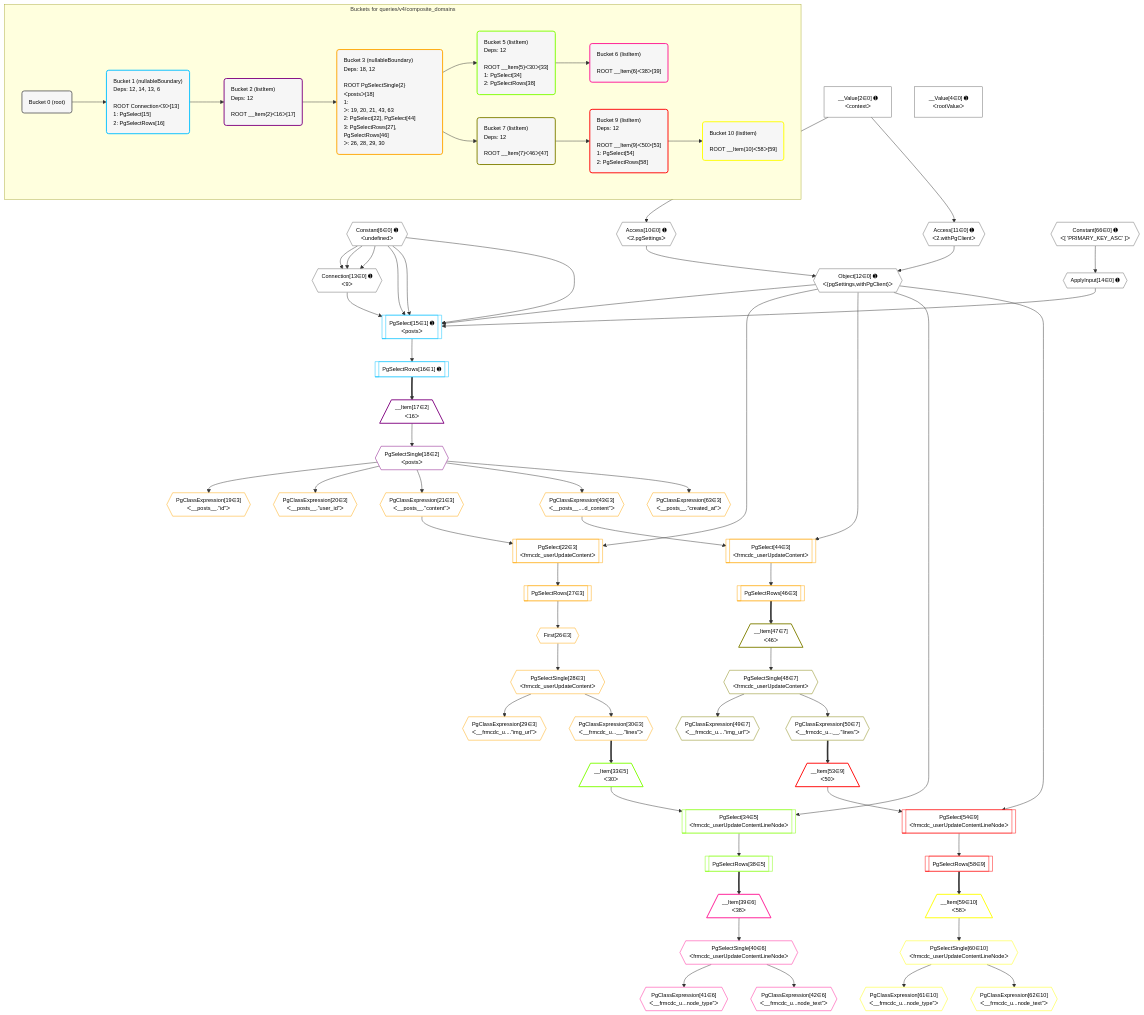
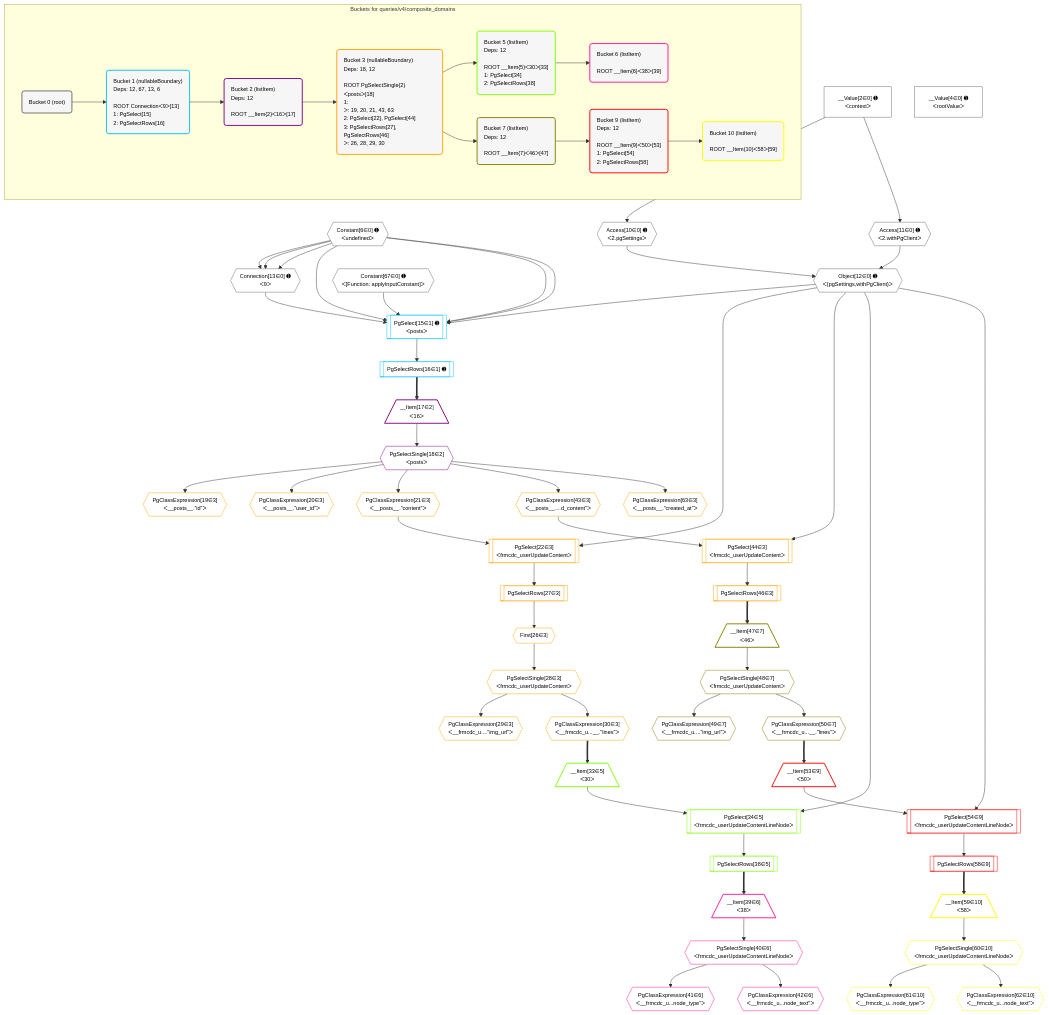
Before and after one commit to graphile/crystal: the diagram in postgraphile/postgraphile/__tests__/queries/v4/composite_domains.mermaid, drawn with Mermaid. The commit also changed 75 other files, not shown here.

Commit message:
Update plan diagrams with constant-ified applyInput

```diff
--- a/postgraphile/postgraphile/__tests__/queries/v4/composite_domains.mermaid
+++ b/postgraphile/postgraphile/__tests__/queries/v4/composite_domains.mermaid
@@ -1,134 +1,132 @@
 %%{init: {'themeVariables': { 'fontSize': '12px'}}}%%
 graph TD
     classDef path fill:#eee,stroke:#000,color:#000
     classDef plan fill:#fff,stroke-width:1px,color:#000
     classDef itemplan fill:#fff,stroke-width:2px,color:#000
     classDef unbatchedplan fill:#dff,stroke-width:1px,color:#000
     classDef sideeffectplan fill:#fcc,stroke-width:2px,color:#000
     classDef bucket fill:#f6f6f6,color:#000,stroke-width:2px,text-align:left
 
 
     %% plan dependencies
     Connection13{{"Connection[13∈0] ➊<br />ᐸ9ᐳ"}}:::plan
     Constant6{{"Constant[6∈0] ➊<br />ᐸundefinedᐳ"}}:::plan
     Constant6 & Constant6 & Constant6 --> Connection13
     Object12{{"Object[12∈0] ➊<br />ᐸ{pgSettings,withPgClient}ᐳ"}}:::plan
     Access10{{"Access[10∈0] ➊<br />ᐸ2.pgSettingsᐳ"}}:::plan
     Access11{{"Access[11∈0] ➊<br />ᐸ2.withPgClientᐳ"}}:::plan
     Access10 & Access11 --> Object12
     __Value2["__Value[2∈0] ➊<br />ᐸcontextᐳ"]:::plan
     __Value2 --> Access10
     __Value2 --> Access11
-    ApplyInput14{{"ApplyInput[14∈0] ➊"}}:::plan
-    Constant66{{"Constant[66∈0] ➊<br />ᐸ[ 'PRIMARY_KEY_ASC' ]ᐳ"}}:::plan
-    Constant66 --> ApplyInput14
     __Value4["__Value[4∈0] ➊<br />ᐸrootValueᐳ"]:::plan
+    Constant67{{"Constant[67∈0] ➊<br />ᐸ[Function: applyInputConstant]ᐳ"}}:::plan
     PgSelect15[["PgSelect[15∈1] ➊<br />ᐸpostsᐳ"]]:::plan
-    Object12 & ApplyInput14 & Connection13 & Constant6 & Constant6 & Constant6 --> PgSelect15
+    Object12 & Constant67 & Connection13 & Constant6 & Constant6 & Constant6 --> PgSelect15
     PgSelectRows16[["PgSelectRows[16∈1] ➊"]]:::plan
     PgSelect15 --> PgSelectRows16
     __Item17[/"__Item[17∈2]<br />ᐸ16ᐳ"\]:::itemplan
     PgSelectRows16 ==> __Item17
     PgSelectSingle18{{"PgSelectSingle[18∈2]<br />ᐸpostsᐳ"}}:::plan
     __Item17 --> PgSelectSingle18
     PgSelect22[["PgSelect[22∈3]<br />ᐸfrmcdc_userUpdateContentᐳ"]]:::plan
     PgClassExpression21{{"PgClassExpression[21∈3]<br />ᐸ__posts__.”content”ᐳ"}}:::plan
     Object12 & PgClassExpression21 --> PgSelect22
     PgSelect44[["PgSelect[44∈3]<br />ᐸfrmcdc_userUpdateContentᐳ"]]:::plan
     PgClassExpression43{{"PgClassExpression[43∈3]<br />ᐸ__posts__....d_content”ᐳ"}}:::plan
     Object12 & PgClassExpression43 --> PgSelect44
     PgClassExpression19{{"PgClassExpression[19∈3]<br />ᐸ__posts__.”id”ᐳ"}}:::plan
     PgSelectSingle18 --> PgClassExpression19
     PgClassExpression20{{"PgClassExpression[20∈3]<br />ᐸ__posts__.”user_id”ᐳ"}}:::plan
     PgSelectSingle18 --> PgClassExpression20
     PgSelectSingle18 --> PgClassExpression21
     First26{{"First[26∈3]"}}:::plan
     PgSelectRows27[["PgSelectRows[27∈3]"]]:::plan
     PgSelectRows27 --> First26
     PgSelect22 --> PgSelectRows27
     PgSelectSingle28{{"PgSelectSingle[28∈3]<br />ᐸfrmcdc_userUpdateContentᐳ"}}:::plan
     First26 --> PgSelectSingle28
     PgClassExpression29{{"PgClassExpression[29∈3]<br />ᐸ__frmcdc_u....”img_url”ᐳ"}}:::plan
     PgSelectSingle28 --> PgClassExpression29
     PgClassExpression30{{"PgClassExpression[30∈3]<br />ᐸ__frmcdc_u...__.”lines”ᐳ"}}:::plan
     PgSelectSingle28 --> PgClassExpression30
     PgSelectSingle18 --> PgClassExpression43
     PgSelectRows46[["PgSelectRows[46∈3]"]]:::plan
     PgSelect44 --> PgSelectRows46
     PgClassExpression63{{"PgClassExpression[63∈3]<br />ᐸ__posts__.”created_at”ᐳ"}}:::plan
     PgSelectSingle18 --> PgClassExpression63
     PgSelect34[["PgSelect[34∈5]<br />ᐸfrmcdc_userUpdateContentLineNodeᐳ"]]:::plan
     __Item33[/"__Item[33∈5]<br />ᐸ30ᐳ"\]:::itemplan
     Object12 & __Item33 --> PgSelect34
     PgClassExpression30 ==> __Item33
     PgSelectRows38[["PgSelectRows[38∈5]"]]:::plan
     PgSelect34 --> PgSelectRows38
     __Item39[/"__Item[39∈6]<br />ᐸ38ᐳ"\]:::itemplan
     PgSelectRows38 ==> __Item39
     PgSelectSingle40{{"PgSelectSingle[40∈6]<br />ᐸfrmcdc_userUpdateContentLineNodeᐳ"}}:::plan
     __Item39 --> PgSelectSingle40
     PgClassExpression41{{"PgClassExpression[41∈6]<br />ᐸ__frmcdc_u...node_type”ᐳ"}}:::plan
     PgSelectSingle40 --> PgClassExpression41
     PgClassExpression42{{"PgClassExpression[42∈6]<br />ᐸ__frmcdc_u...node_text”ᐳ"}}:::plan
     PgSelectSingle40 --> PgClassExpression42
     __Item47[/"__Item[47∈7]<br />ᐸ46ᐳ"\]:::itemplan
     PgSelectRows46 ==> __Item47
     PgSelectSingle48{{"PgSelectSingle[48∈7]<br />ᐸfrmcdc_userUpdateContentᐳ"}}:::plan
     __Item47 --> PgSelectSingle48
     PgClassExpression49{{"PgClassExpression[49∈7]<br />ᐸ__frmcdc_u....”img_url”ᐳ"}}:::plan
     PgSelectSingle48 --> PgClassExpression49
     PgClassExpression50{{"PgClassExpression[50∈7]<br />ᐸ__frmcdc_u...__.”lines”ᐳ"}}:::plan
     PgSelectSingle48 --> PgClassExpression50
     PgSelect54[["PgSelect[54∈9]<br />ᐸfrmcdc_userUpdateContentLineNodeᐳ"]]:::plan
     __Item53[/"__Item[53∈9]<br />ᐸ50ᐳ"\]:::itemplan
     Object12 & __Item53 --> PgSelect54
     PgClassExpression50 ==> __Item53
     PgSelectRows58[["PgSelectRows[58∈9]"]]:::plan
     PgSelect54 --> PgSelectRows58
     __Item59[/"__Item[59∈10]<br />ᐸ58ᐳ"\]:::itemplan
     PgSelectRows58 ==> __Item59
     PgSelectSingle60{{"PgSelectSingle[60∈10]<br />ᐸfrmcdc_userUpdateContentLineNodeᐳ"}}:::plan
     __Item59 --> PgSelectSingle60
     PgClassExpression61{{"PgClassExpression[61∈10]<br />ᐸ__frmcdc_u...node_type”ᐳ"}}:::plan
     PgSelectSingle60 --> PgClassExpression61
     PgClassExpression62{{"PgClassExpression[62∈10]<br />ᐸ__frmcdc_u...node_text”ᐳ"}}:::plan
     PgSelectSingle60 --> PgClassExpression62
 
     %% define steps
 
     subgraph "Buckets for queries/v4/composite_domains"
     Bucket0("Bucket 0 (root)"):::bucket
     classDef bucket0 stroke:#696969
-    class Bucket0,__Value2,__Value4,Constant6,Access10,Access11,Object12,Connection13,ApplyInput14,Constant66 bucket0
-    Bucket1("Bucket 1 (nullableBoundary)<br />Deps: 12, 14, 13, 6<br /><br />ROOT Connectionᐸ9ᐳ[13]<br />1: PgSelect[15]<br />2: PgSelectRows[16]"):::bucket
+    class Bucket0,__Value2,__Value4,Constant6,Access10,Access11,Object12,Connection13,Constant67 bucket0
+    Bucket1("Bucket 1 (nullableBoundary)<br />Deps: 12, 67, 13, 6<br /><br />ROOT Connectionᐸ9ᐳ[13]<br />1: PgSelect[15]<br />2: PgSelectRows[16]"):::bucket
     classDef bucket1 stroke:#00bfff
     class Bucket1,PgSelect15,PgSelectRows16 bucket1
     Bucket2("Bucket 2 (listItem)<br />Deps: 12<br /><br />ROOT __Item{2}ᐸ16ᐳ[17]"):::bucket
     classDef bucket2 stroke:#7f007f
     class Bucket2,__Item17,PgSelectSingle18 bucket2
     Bucket3("Bucket 3 (nullableBoundary)<br />Deps: 18, 12<br /><br />ROOT PgSelectSingle{2}ᐸpostsᐳ[18]<br />1: <br />ᐳ: 19, 20, 21, 43, 63<br />2: PgSelect[22], PgSelect[44]<br />3: PgSelectRows[27], PgSelectRows[46]<br />ᐳ: 26, 28, 29, 30"):::bucket
     classDef bucket3 stroke:#ffa500
     class Bucket3,PgClassExpression19,PgClassExpression20,PgClassExpression21,PgSelect22,First26,PgSelectRows27,PgSelectSingle28,PgClassExpression29,PgClassExpression30,PgClassExpression43,PgSelect44,PgSelectRows46,PgClassExpression63 bucket3
     Bucket5("Bucket 5 (listItem)<br />Deps: 12<br /><br />ROOT __Item{5}ᐸ30ᐳ[33]<br />1: PgSelect[34]<br />2: PgSelectRows[38]"):::bucket
     classDef bucket5 stroke:#7fff00
     class Bucket5,__Item33,PgSelect34,PgSelectRows38 bucket5
     Bucket6("Bucket 6 (listItem)<br /><br />ROOT __Item{6}ᐸ38ᐳ[39]"):::bucket
     classDef bucket6 stroke:#ff1493
     class Bucket6,__Item39,PgSelectSingle40,PgClassExpression41,PgClassExpression42 bucket6
     Bucket7("Bucket 7 (listItem)<br />Deps: 12<br /><br />ROOT __Item{7}ᐸ46ᐳ[47]"):::bucket
     classDef bucket7 stroke:#808000
     class Bucket7,__Item47,PgSelectSingle48,PgClassExpression49,PgClassExpression50 bucket7
     Bucket9("Bucket 9 (listItem)<br />Deps: 12<br /><br />ROOT __Item{9}ᐸ50ᐳ[53]<br />1: PgSelect[54]<br />2: PgSelectRows[58]"):::bucket
     classDef bucket9 stroke:#ff0000
     class Bucket9,__Item53,PgSelect54,PgSelectRows58 bucket9
     Bucket10("Bucket 10 (listItem)<br /><br />ROOT __Item{10}ᐸ58ᐳ[59]"):::bucket
     classDef bucket10 stroke:#ffff00
     class Bucket10,__Item59,PgSelectSingle60,PgClassExpression61,PgClassExpression62 bucket10
     Bucket0 --> Bucket1
     Bucket1 --> Bucket2
     Bucket2 --> Bucket3
     Bucket3 --> Bucket5 & Bucket7
     Bucket5 --> Bucket6
     Bucket7 --> Bucket9
     Bucket9 --> Bucket10
     end
```
